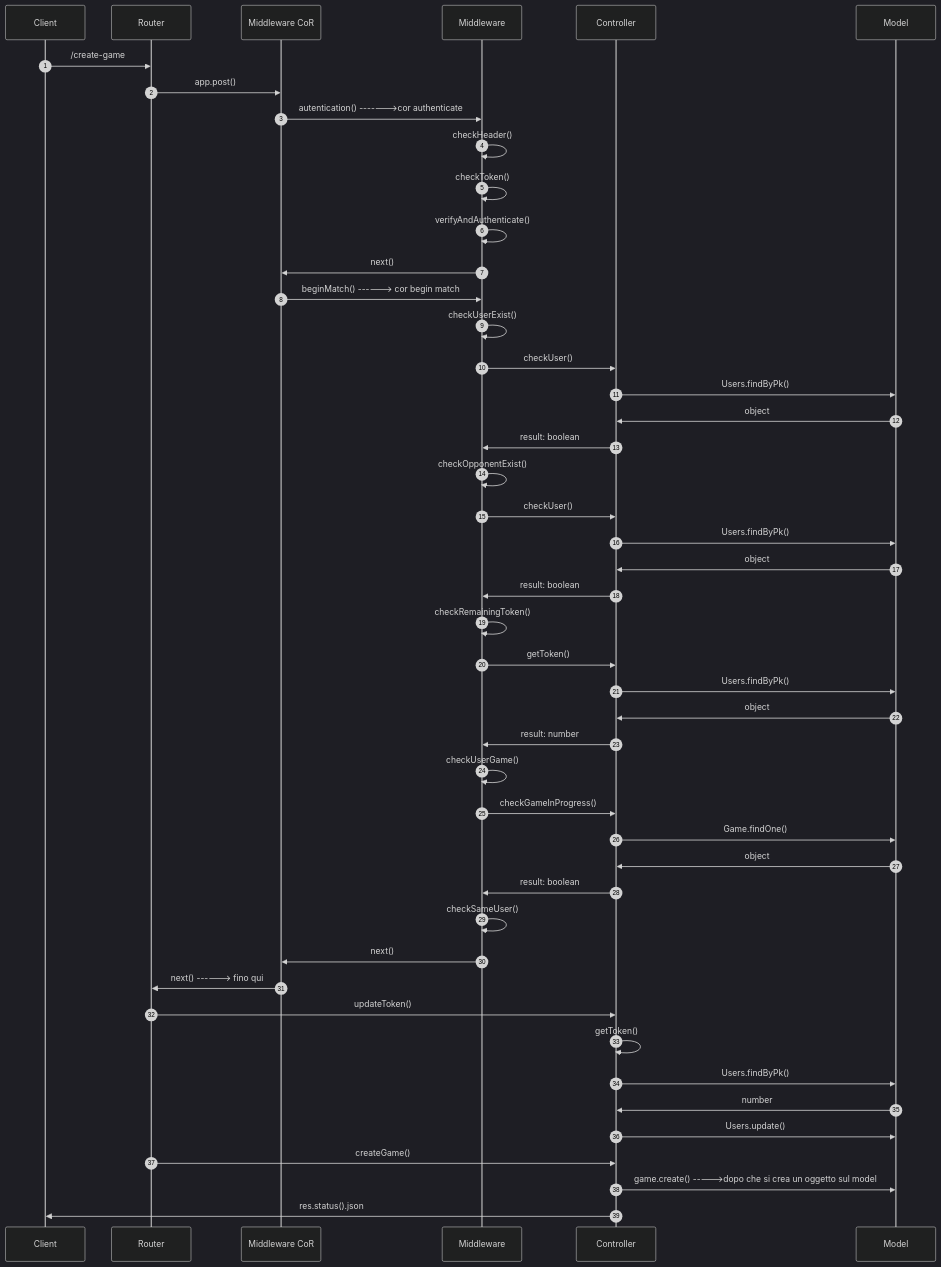
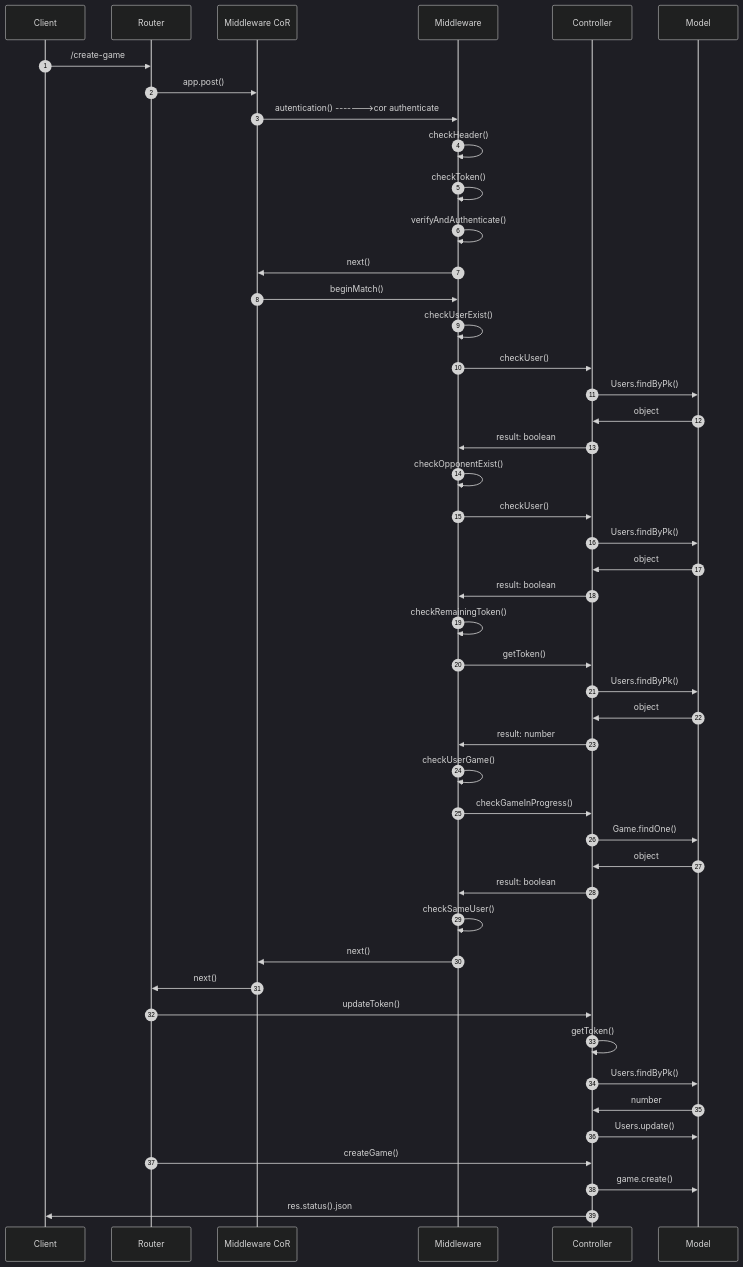
One commit to mreddee/Progetto-Dama-PA changed the first of 8 diagrams in dama main 7 maggio finale/README.md. Above: the diagram before and after it, drawn with Mermaid (dark theme). The commit also changed other lines of this file, not shown here.

````diff
--- a/dama main 7 maggio finale/README.md
+++ b/dama main 7 maggio finale/README.md
@@ -63,43 +63,43 @@
 ```mermaid
 sequenceDiagram
 autonumber
 Client->>Router: /create-game
 Router->>Middleware CoR: app.post()
 Middleware CoR->>Middleware: autentication() ------->cor authenticate
 Middleware->>Middleware: checkHeader()
 Middleware->>Middleware: checkToken()
 Middleware->>Middleware: verifyAndAuthenticate()
 Middleware->>Middleware CoR: next() 
-Middleware CoR->>Middleware: beginMatch() ------> cor begin match
+Middleware CoR->>Middleware: beginMatch()
 Middleware->>Middleware: checkUserExist()
 Middleware->>Controller: checkUser()
 Controller->>Model: Users.findByPk()
 Model->>Controller: object 
 Controller->>Middleware: result: boolean 
 Middleware->>Middleware: checkOpponentExist()
 Middleware->>Controller: checkUser()
 Controller->>Model: Users.findByPk()
 Model->>Controller: object
 Controller->>Middleware: result: boolean
 Middleware->>Middleware: checkRemainingToken()
 Middleware->>Controller: getToken()
 Controller->>Model: Users.findByPk()
 Model->>Controller: object
 Controller->>Middleware: result: number
 Middleware->>Middleware: checkUserGame()
 Middleware->>Controller: checkGameInProgress()
 Controller->>Model: Game.findOne()
 Model->>Controller: object
 Controller->>Middleware: result: boolean
 Middleware->>Middleware: checkSameUser()
 Middleware->>Middleware CoR: next()
-Middleware CoR->>Router: next() ------> fino qui
+Middleware CoR->>Router: next() 
 Router->>Controller: updateToken()
 Controller->>Controller: getToken()
 Controller->>Model: Users.findByPk()
 Model->>Controller: number
 Controller->>Model: Users.update()
 Router->>Controller: createGame()
-Controller->>Model: game.create() ----->dopo che si crea un oggetto sul model
+Controller->>Model: game.create() 
 Controller->>Client: res.status().json
 ```
````
